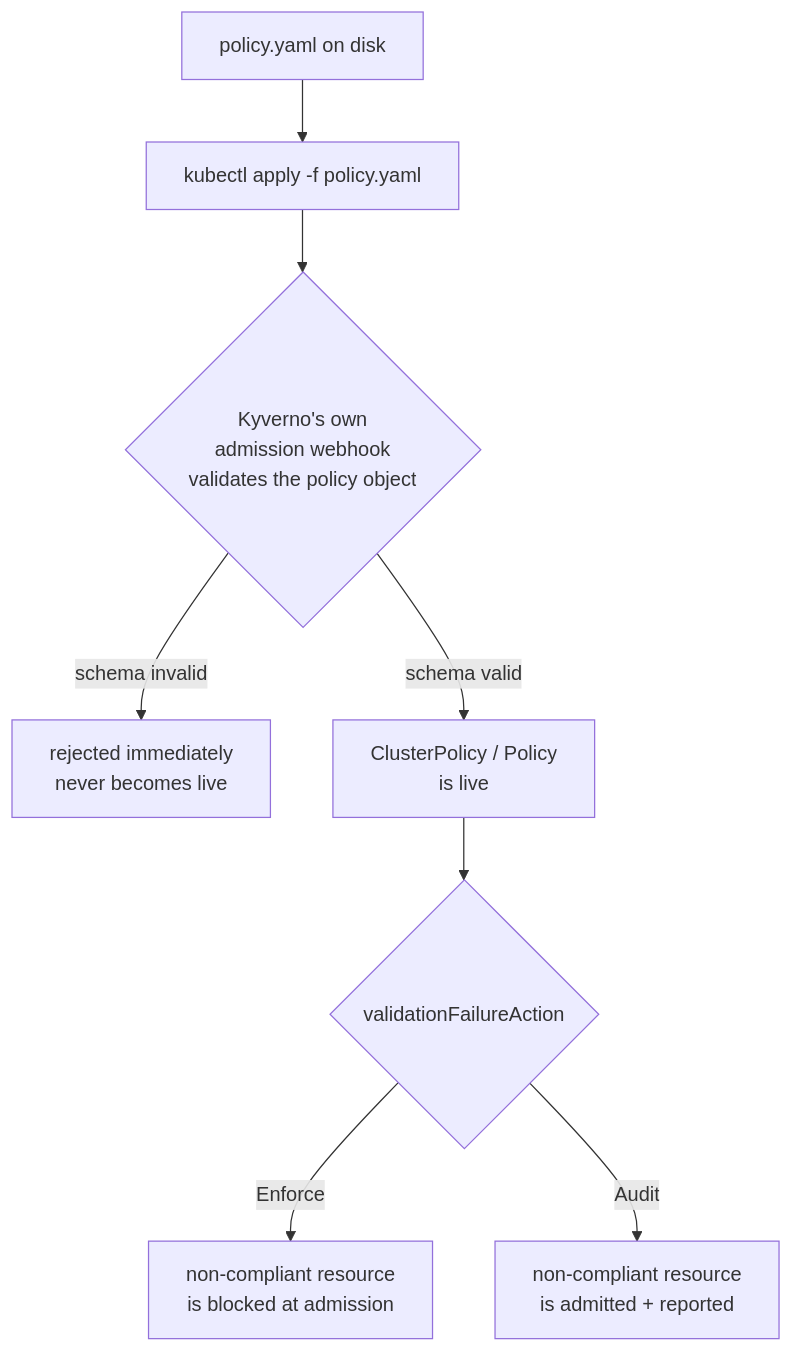
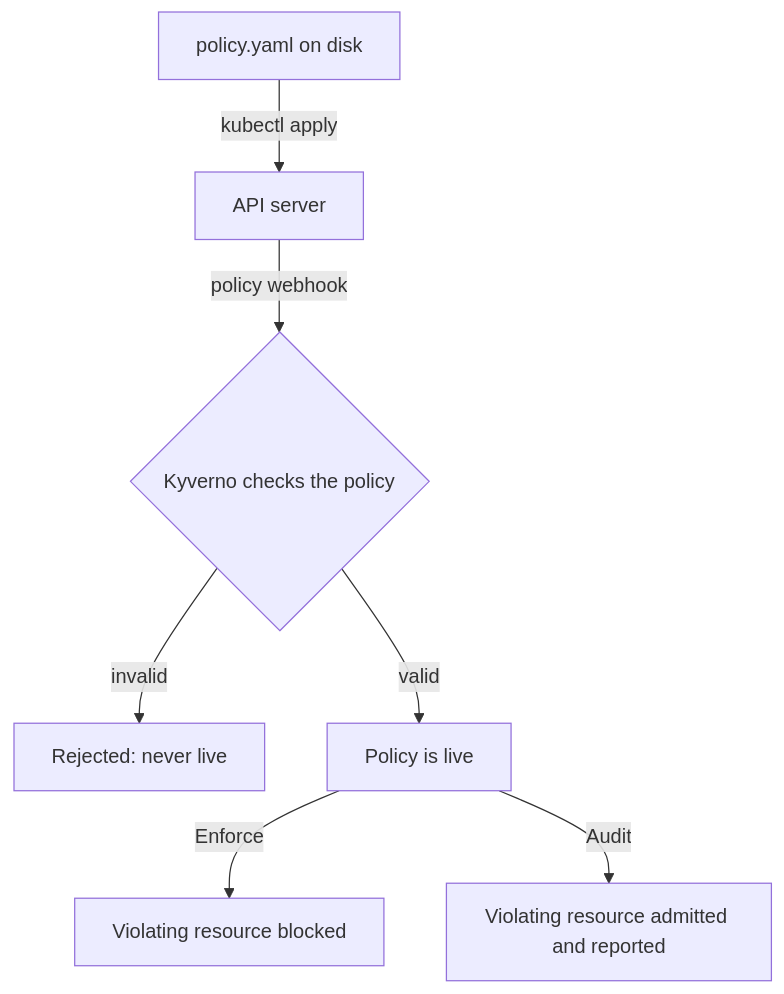
The diagram in sections/section-010/module-01/course.md (astrona-io/ATS010), drawn with Mermaid before and after one commit. The commit also changed other lines of this file and 388 other files, not shown here.

````diff
--- a/sections/section-010/module-01/course.md
+++ b/sections/section-010/module-01/course.md
@@ -5,10 +7,9 @@
 ```mermaid
-flowchart TD
-    A["policy.yaml on disk"] --> B["kubectl apply -f policy.yaml"]
-    B --> C{"Kyverno's own<br/>admission webhook<br/>validates the policy object"}
-    C -->|schema invalid| D["rejected immediately<br/>never becomes live"]
-    C -->|schema valid| E["ClusterPolicy / Policy<br/>is live"]
-    E --> F{"validationFailureAction"}
-    F -->|Enforce| G["non-compliant resource<br/>is blocked at admission"]
-    F -->|Audit| H["non-compliant resource<br/>is admitted + reported"]
+flowchart TB
+    A["policy.yaml on disk"] -->|"kubectl apply"| B["API server"]
+    B -->|"policy webhook"| C{"Kyverno checks the policy"}
+    C -->|"invalid"| D["Rejected: never live"]
+    C -->|"valid"| E["Policy is live"]
+    E -->|"Enforce"| F["Violating resource blocked"]
+    E -->|"Audit"| G["Violating resource admitted and reported"]
 ```
````
